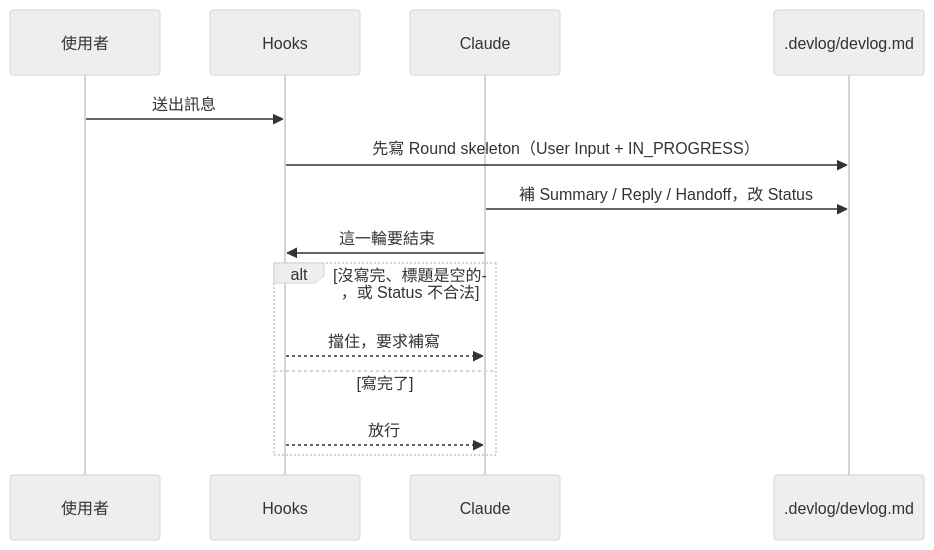
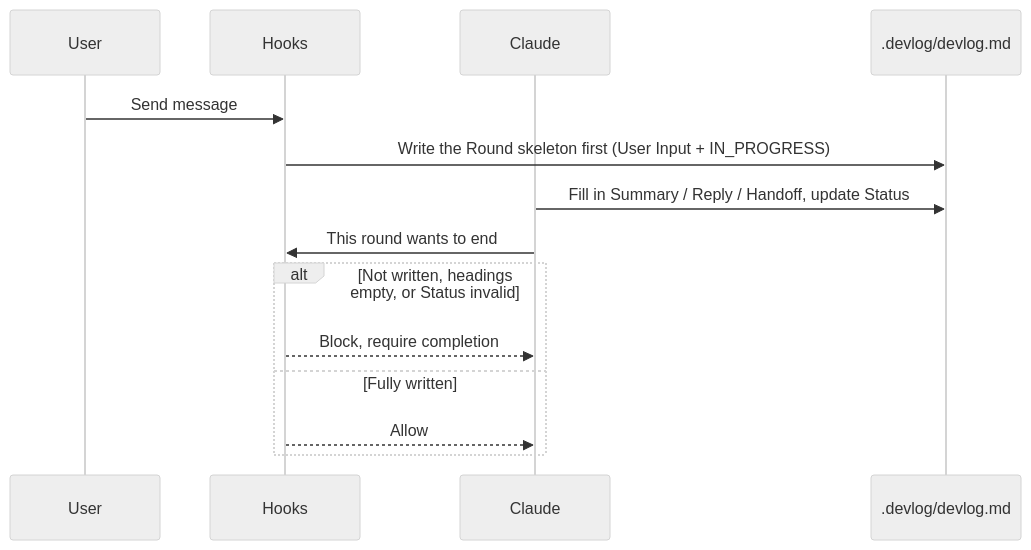
One commit to gogogohuang/devlog-tracker changed the diagram in README.md. Above: the diagram before and after it, drawn with Mermaid (neutral theme). The commit also changed other lines of this file and 1 other file, not shown here.

````diff
--- a/README.md
+++ b/README.md
@@ -130,17 +132,17 @@
 ```mermaid
 sequenceDiagram
-  participant U as 使用者
+  participant U as User
   participant H as Hooks
   participant C as Claude
   participant D as .devlog/devlog.md
 
-  U->>H: 送出訊息
-  H->>D: 先寫 Round skeleton（User Input + IN_PROGRESS）
-  C->>D: 補 Summary / Reply / Handoff，改 Status
-  C->>H: 這一輪要結束
-  alt 沒寫完、標題是空的，或 Status 不合法
-    H-->>C: 擋住，要求補寫
-  else 寫完了
-    H-->>C: 放行
+  U->>H: Send message
+  H->>D: Write the Round skeleton first (User Input + IN_PROGRESS)
+  C->>D: Fill in Summary / Reply / Handoff, update Status
+  C->>H: This round wants to end
+  alt Not written, headings empty, or Status invalid
+    H-->>C: Block, require completion
+  else Fully written
+    H-->>C: Allow
   end
 ```
````
